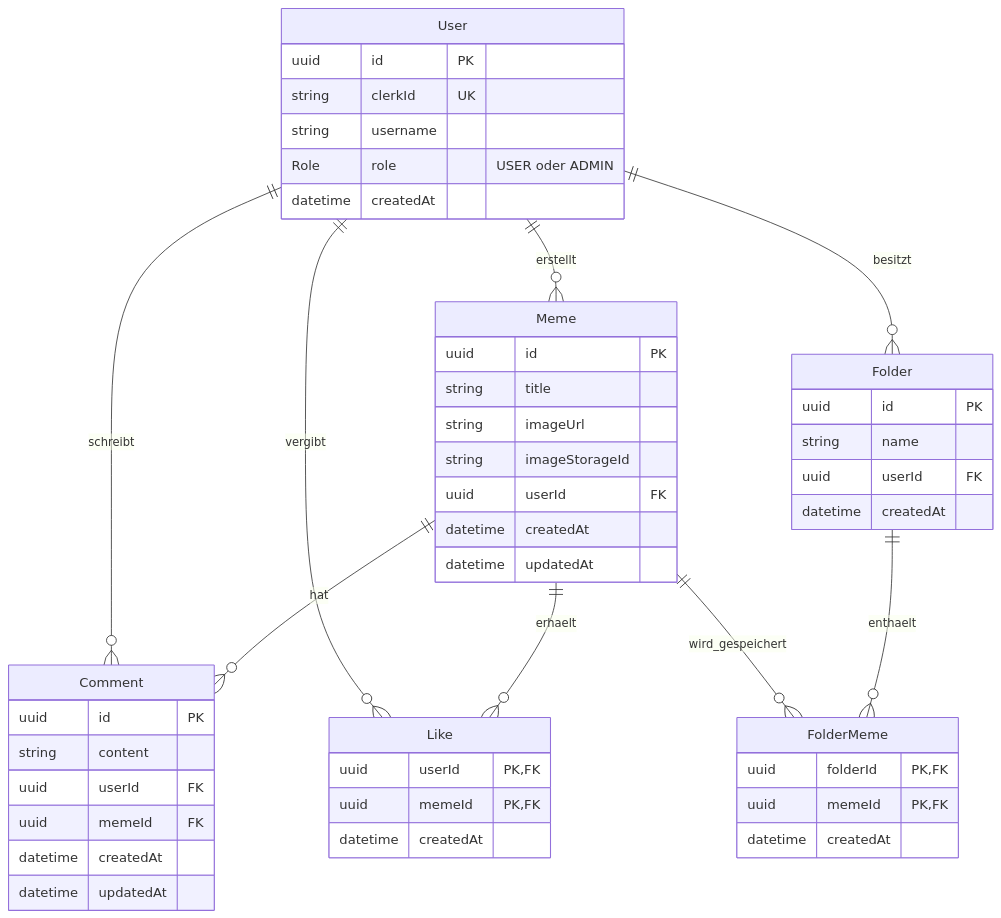
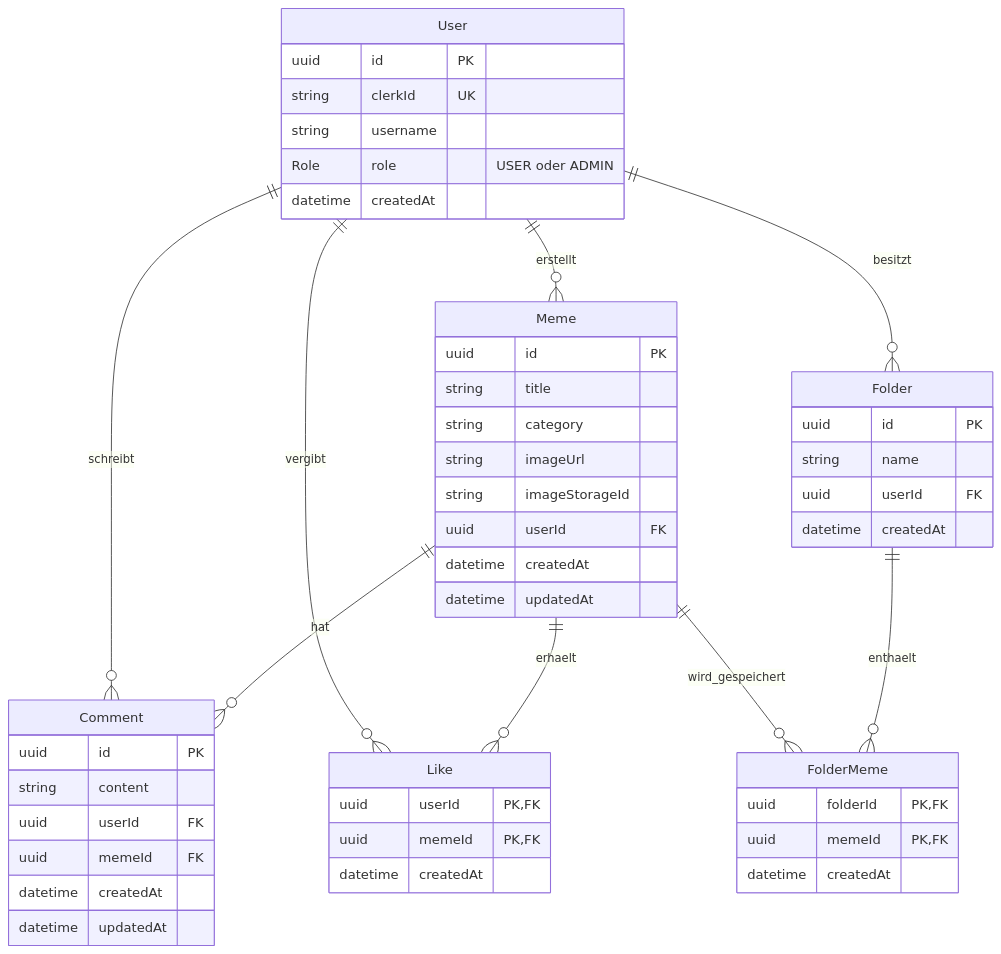
One commit to josephinemundt1297/your-meme changed the diagram in backend/docs/datenmodell.md. Above: the diagram before and after it, drawn with Mermaid. The commit also changed other lines of this file and 14 other files, not shown here.

````diff
--- a/backend/docs/datenmodell.md
+++ b/backend/docs/datenmodell.md
@@ -21,52 +21,53 @@
 ```mermaid
 erDiagram
     User ||--o{ Meme : erstellt
     User ||--o{ Comment : schreibt
     User ||--o{ Like : vergibt
     User ||--o{ Folder : besitzt
     Meme ||--o{ Comment : hat
     Meme ||--o{ Like : erhaelt
     Meme ||--o{ FolderMeme : wird_gespeichert
     Folder ||--o{ FolderMeme : enthaelt
 
     User {
         uuid id PK
         string clerkId UK
         string username
         Role role "USER oder ADMIN"
         datetime createdAt
     }
     Meme {
         uuid id PK
         string title
+        string category
         string imageUrl
         string imageStorageId
         uuid userId FK
         datetime createdAt
         datetime updatedAt
     }
     Comment {
         uuid id PK
         string content
         uuid userId FK
         uuid memeId FK
         datetime createdAt
         datetime updatedAt
     }
     Like {
         uuid userId PK,FK
         uuid memeId PK,FK
         datetime createdAt
     }
     Folder {
         uuid id PK
         string name
         uuid userId FK
         datetime createdAt
     }
     FolderMeme {
         uuid folderId PK,FK
         uuid memeId PK,FK
         datetime createdAt
     }
 ```
````
